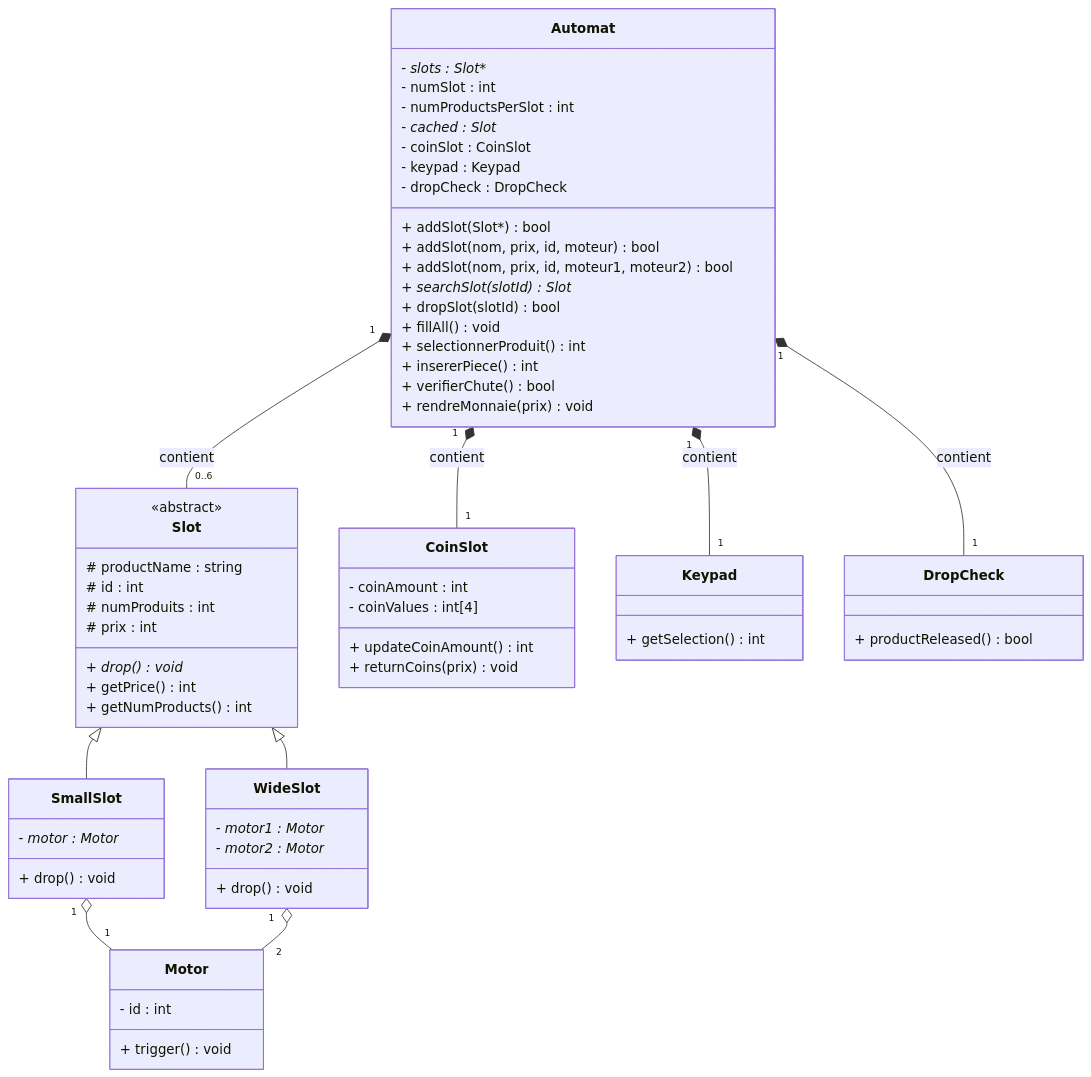
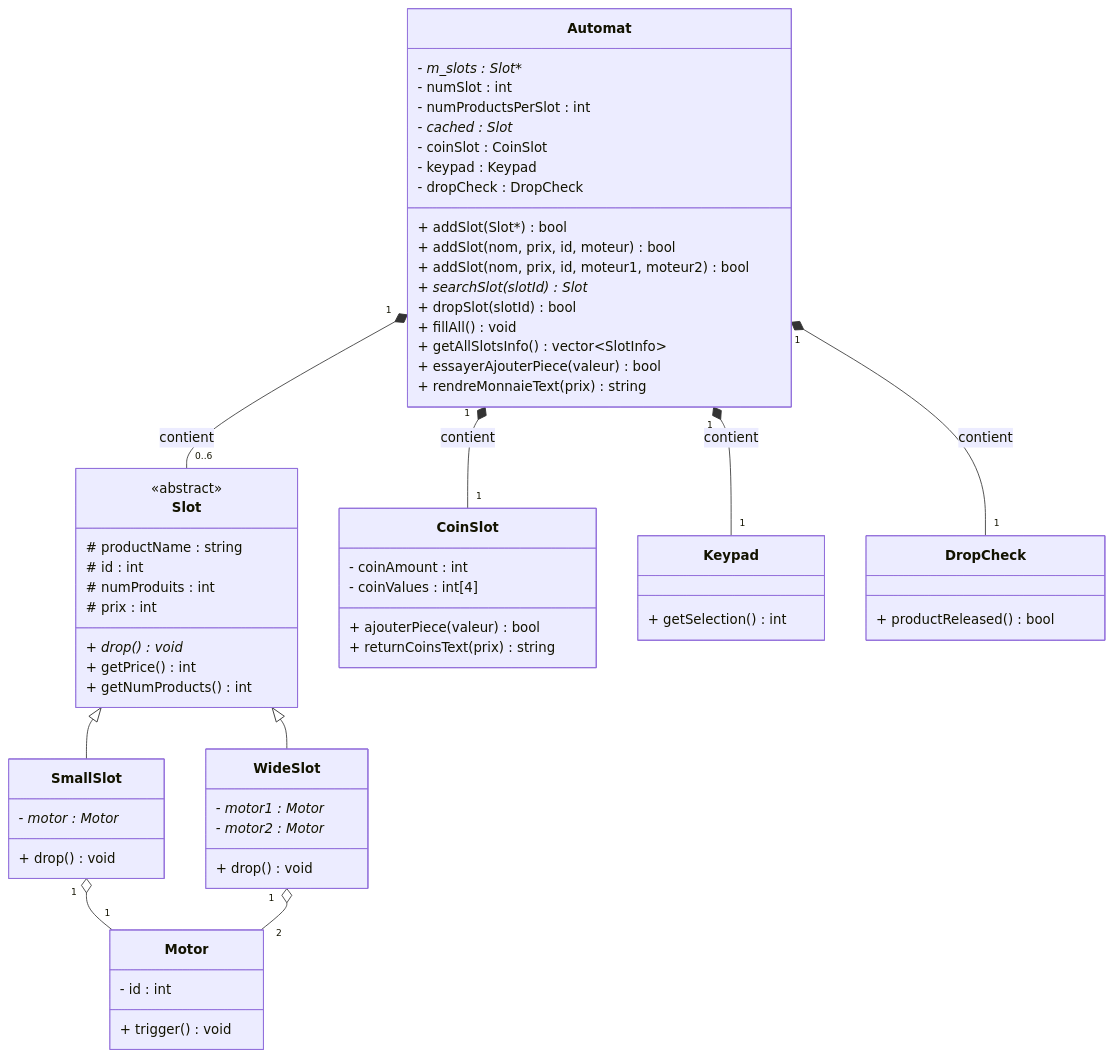
The first of 2 diagrams in README.md (RidaKhouaja/snack-vending-machine-cpp), drawn with Mermaid before and after one commit. The commit also changed other lines of this file and 12 other files, not shown here.

````diff
--- a/README.md
+++ b/README.md
@@ -16,73 +30,72 @@
 ```mermaid
 classDiagram
     class Automat {
-        - slots : Slot**
+        - m_slots : Slot**
         - numSlot : int
         - numProductsPerSlot : int
         - cached : Slot*
         - coinSlot : CoinSlot
         - keypad : Keypad
         - dropCheck : DropCheck
         + addSlot(Slot*) bool
         + addSlot(nom, prix, id, moteur) bool
         + addSlot(nom, prix, id, moteur1, moteur2) bool
         + searchSlot(slotId) Slot*
         + dropSlot(slotId) bool
         + fillAll() void
-        + selectionnerProduit() int
-        + insererPiece() int
-        + verifierChute() bool
-        + rendreMonnaie(prix) void
+        + getAllSlotsInfo() vector~SlotInfo~
+        + essayerAjouterPiece(valeur) bool
+        + rendreMonnaieText(prix) string
     }
 
     class Slot {
         <<abstract>>
         # productName : string
         # id : int
         # numProduits : int
         # prix : int
         + drop()* void
         + getPrice() int
         + getNumProducts() int
     }
 
     class SmallSlot {
         - motor : Motor*
         + drop() void
     }
 
     class WideSlot {
         - motor1 : Motor*
         - motor2 : Motor*
         + drop() void
     }
 
     class Motor {
         - id : int
         + trigger() void
     }
 
     class CoinSlot {
         - coinAmount : int
         - coinValues : int[4]
-        + updateCoinAmount() int
-        + returnCoins(prix) void
+        + ajouterPiece(valeur) bool
+        + returnCoinsText(prix) string
     }
 
     class Keypad {
         + getSelection() int
     }
 
     class DropCheck {
         + productReleased() bool
     }
 
     Automat "1" *-- "0..6" Slot : contient
     Automat "1" *-- "1" CoinSlot : contient
     Automat "1" *-- "1" Keypad : contient
     Automat "1" *-- "1" DropCheck : contient
     Slot <|-- SmallSlot
     Slot <|-- WideSlot
     SmallSlot "1" o-- "1" Motor
     WideSlot "1" o-- "2" Motor
 ```
````
